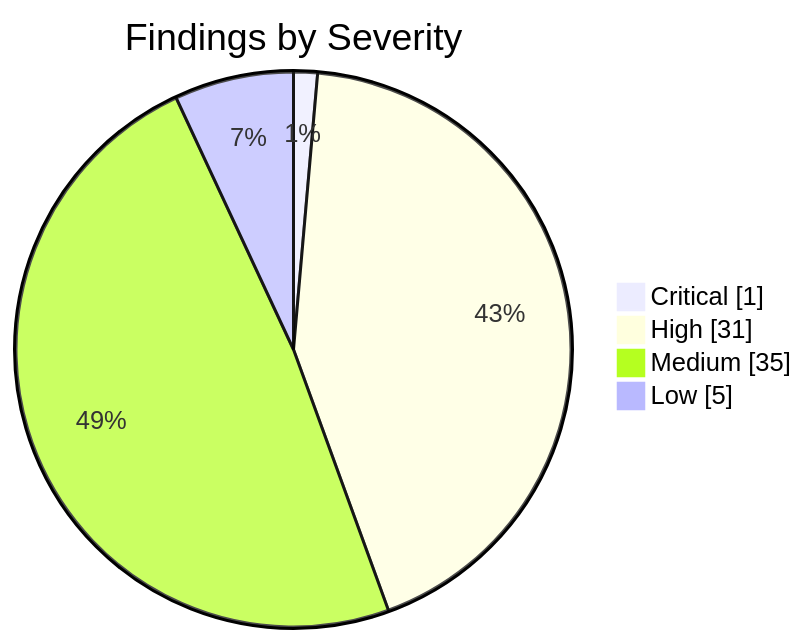
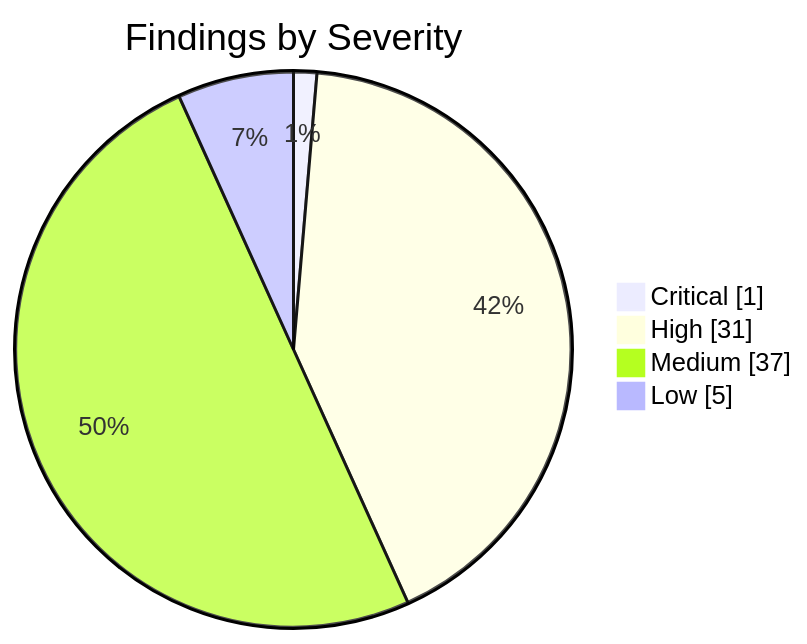
The first of 2 diagrams in apps/kbve/astro-kbve/src/content/docs/dashboard/security.mdx (KBVE/kbve), drawn with Mermaid before and after one commit. The commit also changed other lines of this file and 8 other files, not shown here.

````diff
--- a/apps/kbve/astro-kbve/src/content/docs/dashboard/security.mdx
+++ b/apps/kbve/astro-kbve/src/content/docs/dashboard/security.mdx
@@ -62,8 +62,8 @@
 ```mermaid
 pie showData
     title Findings by Severity
     "Critical" : 1
     "High" : 31
-    "Medium" : 35
+    "Medium" : 37
     "Low" : 5
 ```
````
